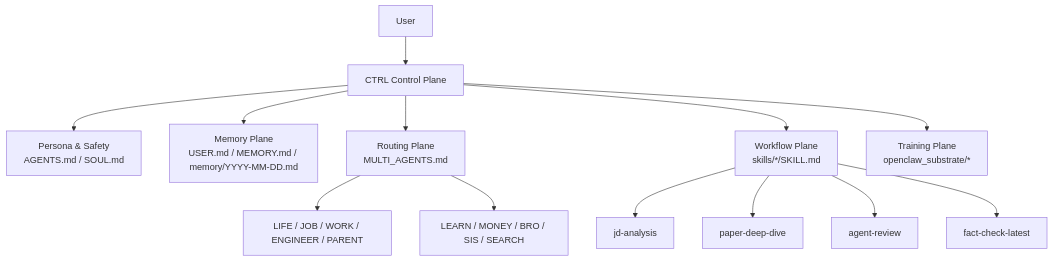
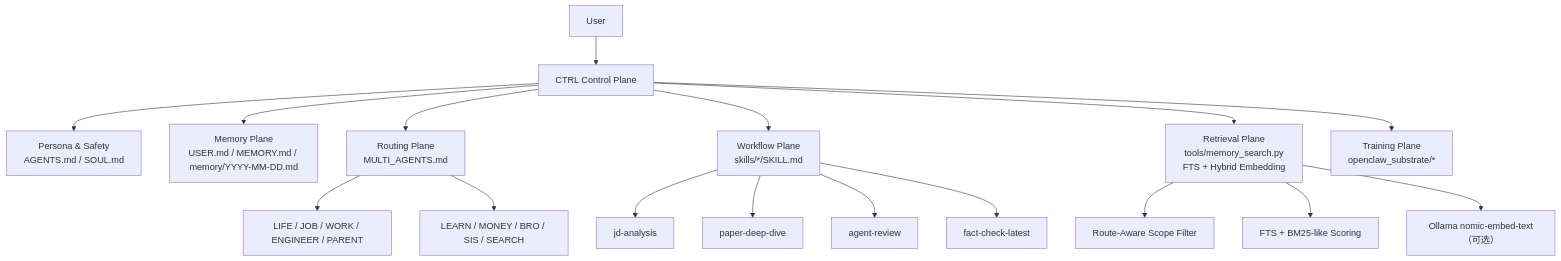
The second of 3 diagrams in README.md (jinglong92/longClaw), drawn with Mermaid before and after one commit. The commit also changed other lines of this file, not shown here.

````diff
--- a/README.md
+++ b/README.md
@@ -165,18 +210,23 @@
 ```mermaid
 flowchart TD
     U["User"] --> C["CTRL Control Plane"]
 
     C --> P["Persona & Safety\nAGENTS.md / SOUL.md"]
     C --> M["Memory Plane\nUSER.md / MEMORY.md / memory/YYYY-MM-DD.md"]
     C --> R["Routing Plane\nMULTI_AGENTS.md"]
     C --> W["Workflow Plane\nskills/*/SKILL.md"]
+    C --> RET["Retrieval Plane\ntools/memory_search.py\nFTS + Hybrid Embedding"]
     C --> T["Training Plane\nopenclaw_substrate/*"]
 
     R --> S1["LIFE / JOB / WORK / ENGINEER / PARENT"]
     R --> S2["LEARN / MONEY / BRO / SIS / SEARCH"]
 
     W --> K1["jd-analysis"]
     W --> K2["paper-deep-dive"]
     W --> K3["agent-review"]
     W --> K4["fact-check-latest"]
+
+    RET --> RE1["Route-Aware Scope Filter"]
+    RET --> RE2["FTS + BM25-like Scoring"]
+    RET --> RE3["Ollama nomic-embed-text（可选）"]
 ```
````
